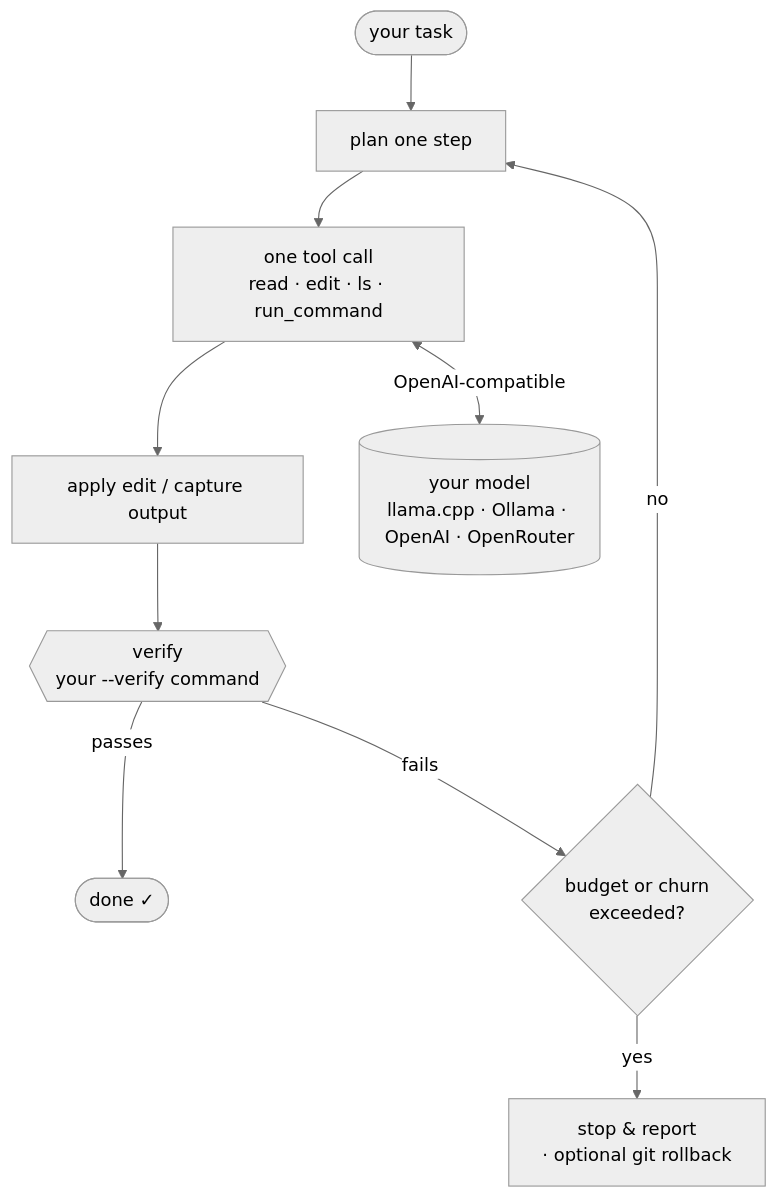
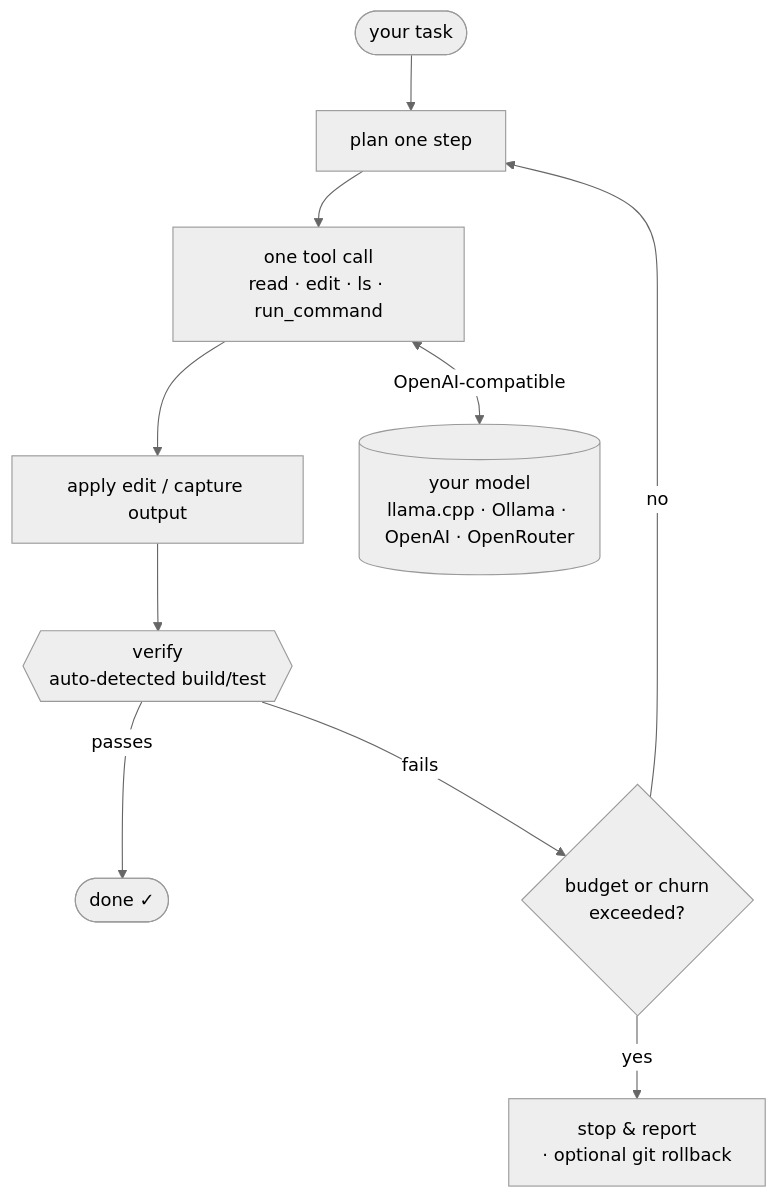
The diagram in README.md (lokalhub/kloo), drawn with Mermaid (neutral theme) before and after one commit. The commit also changed other lines of this file and 50 other files, not shown here.

````diff
--- a/README.md
+++ b/README.md
@@ -17,12 +17,12 @@
 ```mermaid
 flowchart TD
     Task([your task]) --> Plan[plan one step]
     Plan --> Tool["one tool call<br/>read · edit · ls · run_command"]
     Tool --> Apply[apply edit / capture output]
-    Apply --> Verify{{"verify<br/>your --verify command"}}
+    Apply --> Verify{{"verify<br/>auto-detected build/test"}}
     Verify -- passes --> Done([done ✓])
     Verify -- fails --> Rails{budget or churn<br/>exceeded?}
     Rails -- no --> Plan
     Rails -- yes --> Stop[stop &amp; report<br/>· optional git rollback]
     Tool <-->|OpenAI-compatible| Model[("your model<br/>llama.cpp · Ollama · OpenAI · OpenRouter")]
 ```
````
